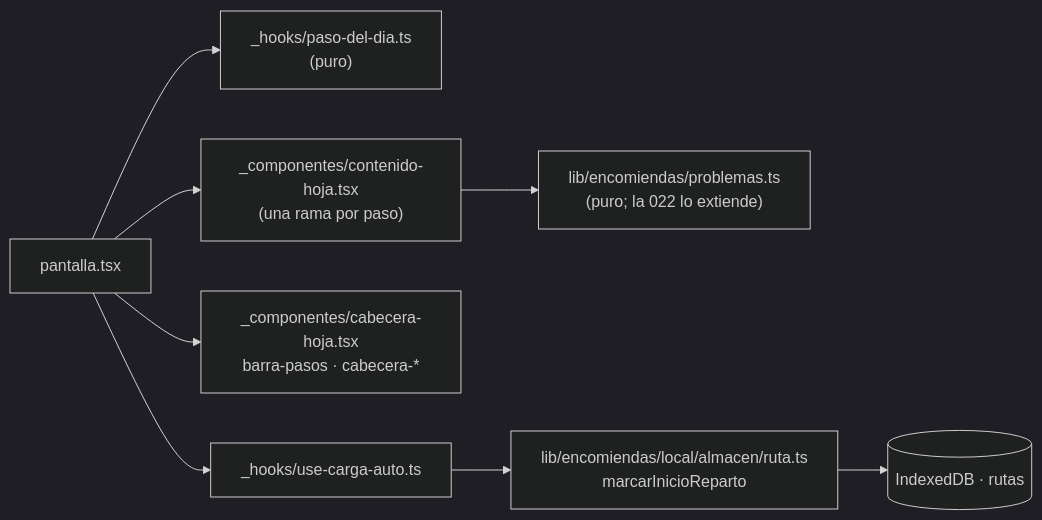
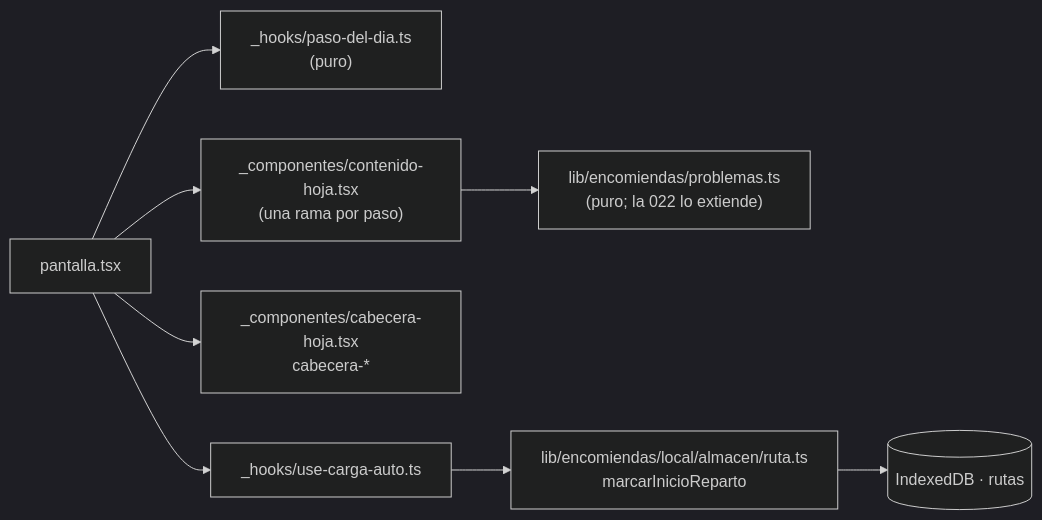
One commit to etianypr/ProyectoAres changed the diagram in specs/027-hoja-por-paso/plan.md. Above: the diagram before and after it, drawn with Mermaid (dark theme). The commit also changed 10 other files, not shown here.

First line of the commit message:
Spec 027: sin barra de pasos en la cabecera (la quitó el dueño)

````diff
--- a/specs/027-hoja-por-paso/plan.md
+++ b/specs/027-hoja-por-paso/plan.md
@@ -8,10 +8,10 @@
 ```mermaid
 flowchart LR
   P["pantalla.tsx"] --> PASO["_hooks/paso-del-dia.ts<br/>(puro)"]
   P --> CARGA["_hooks/use-carga-auto.ts"]
-  P --> CAB["_componentes/cabecera-hoja.tsx<br/>barra-pasos · cabecera-*"]
+  P --> CAB["_componentes/cabecera-hoja.tsx<br/>cabecera-*"]
   P --> CONT["_componentes/contenido-hoja.tsx<br/>(una rama por paso)"]
   CONT --> PROB["lib/encomiendas/problemas.ts<br/>(puro; la 022 lo extiende)"]
   CARGA --> ALM["lib/encomiendas/local/almacen/ruta.ts<br/>marcarInicioReparto"]
   ALM --> IDB[("IndexedDB · rutas")]
 ```
````
